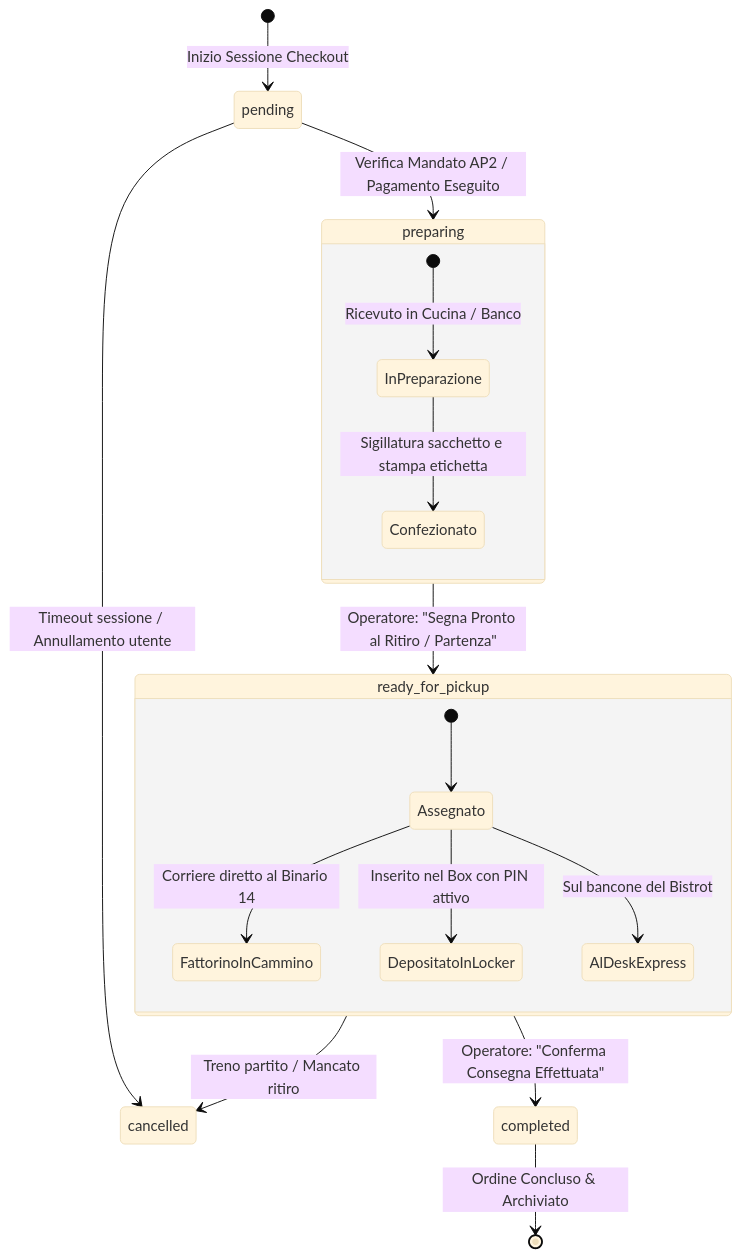
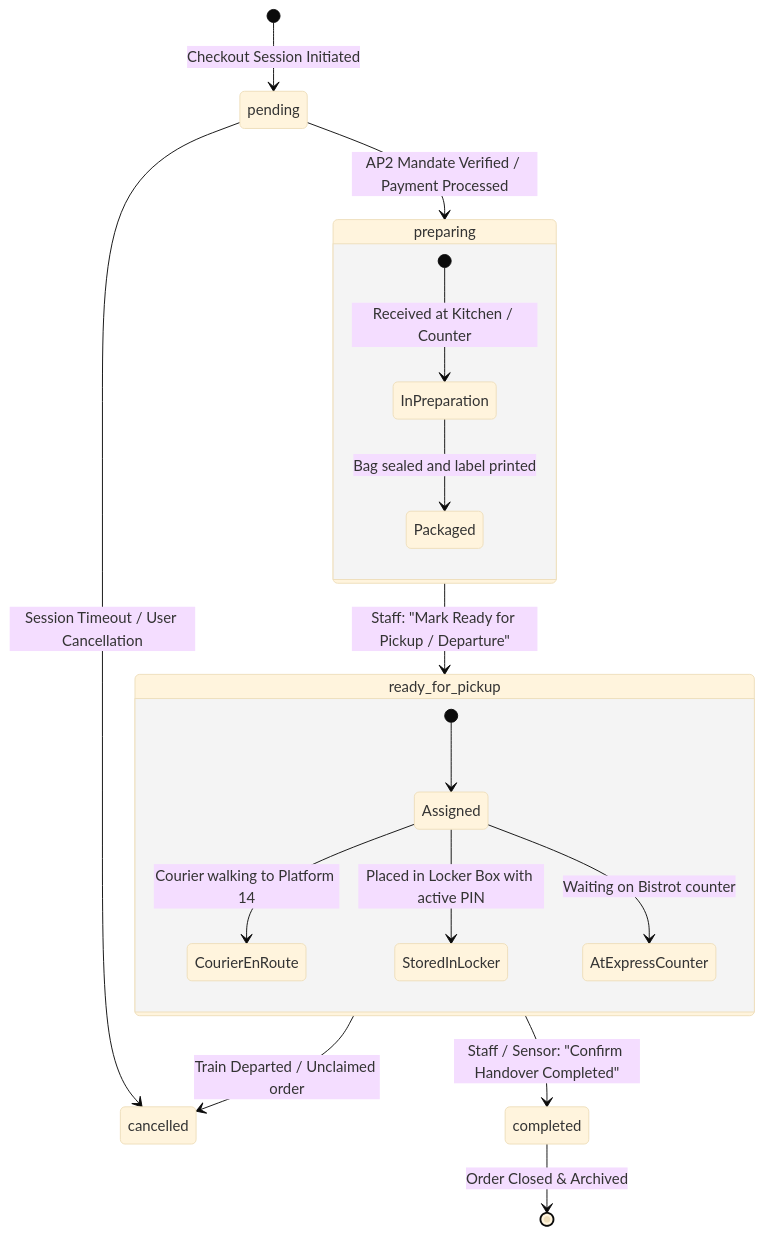
One commit to andrea-alberto/agentic-commerce-demo changed the fifth of 6 diagrams in docs/architecture.md. Above: the diagram before and after it, drawn with Mermaid (base theme). The commit also changed other lines of this file and 14 other files, not shown here.

````diff
--- a/docs/architecture.md
+++ b/docs/architecture.md
@@ -295,24 +295,24 @@
 ```mermaid
 stateDiagram-v2
-    [*] --> pending: Inizio Sessione Checkout
-    pending --> preparing: Verifica Mandato AP2 / Pagamento Eseguito
-    pending --> cancelled: Timeout sessione / Annullamento utente
+    [*] --> pending: Checkout Session Initiated
+    pending --> preparing: AP2 Mandate Verified / Payment Processed
+    pending --> cancelled: Session Timeout / User Cancellation
 
     state preparing {
-        [*] --> InPreparazione: Ricevuto in Cucina / Banco
-        InPreparazione --> Confezionato: Sigillatura sacchetto e stampa etichetta
+        [*] --> InPreparation: Received at Kitchen / Counter
+        InPreparation --> Packaged: Bag sealed and label printed
     }
 
-    preparing --> ready_for_pickup: Operatore: "Segna Pronto al Ritiro / Partenza"
+    preparing --> ready_for_pickup: Staff: "Mark Ready for Pickup / Departure"
 
     state ready_for_pickup {
-        [*] --> Assegnato
-        Assegnato --> FattorinoInCammino: Corriere diretto al Binario 14
-        Assegnato --> DepositatoInLocker: Inserito nel Box con PIN attivo
-        Assegnato --> AlDeskExpress: Sul bancone del Bistrot
+        [*] --> Assigned
+        Assigned --> CourierEnRoute: Courier walking to Platform 14
+        Assigned --> StoredInLocker: Placed in Locker Box with active PIN
+        Assigned --> AtExpressCounter: Waiting on Bistrot counter
     }
 
-    ready_for_pickup --> completed: Operatore: "Conferma Consegna Effettuata"
-    ready_for_pickup --> cancelled: Treno partito / Mancato ritiro
-    completed --> [*]: Ordine Concluso & Archiviato
+    ready_for_pickup --> completed: Staff / Sensor: "Confirm Handover Completed"
+    ready_for_pickup --> cancelled: Train Departed / Unclaimed order
+    completed --> [*]: Order Closed & Archived
 ```
````
